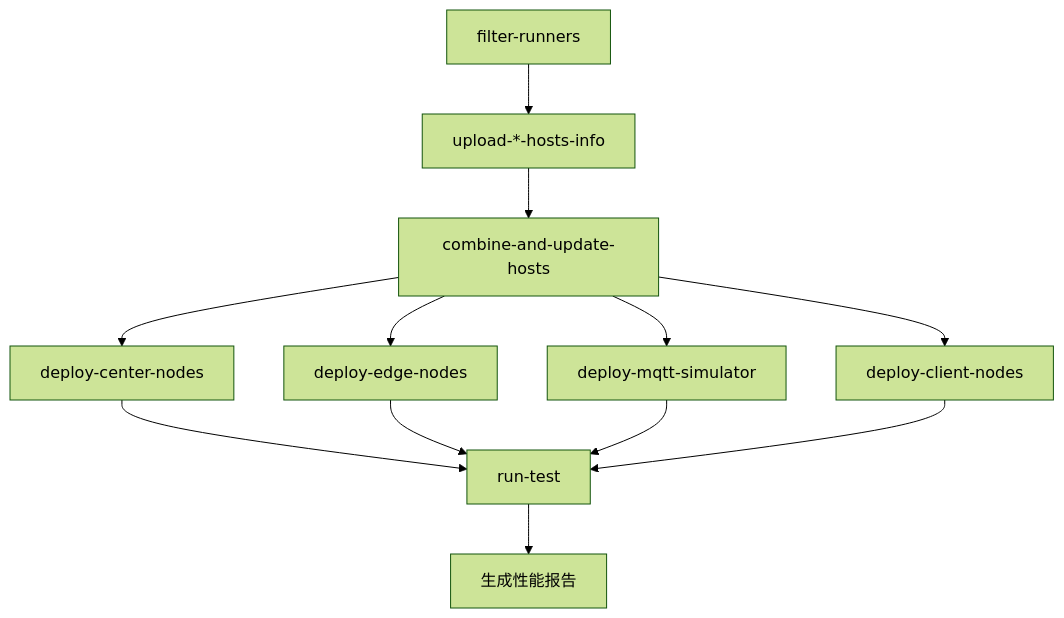
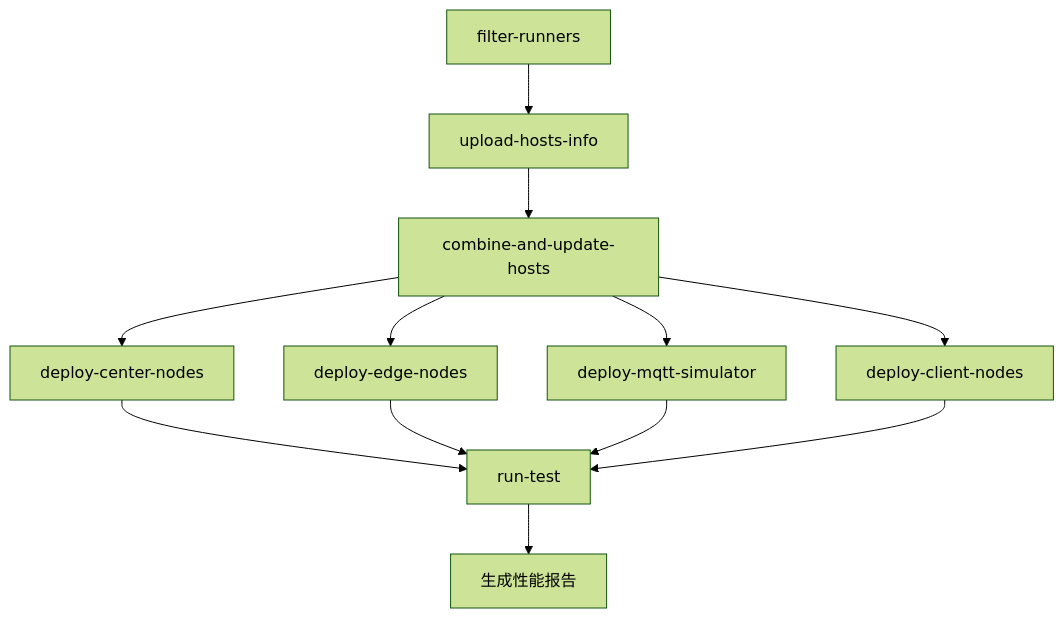
Before and after one commit to taosdata/ems: the diagram in README.md, drawn with Mermaid (forest theme). The commit also changed other lines of this file, not shown here.

````diff
--- a/README.md
+++ b/README.md
@@ -26,11 +26,11 @@
 ```mermaid
 graph TD
-    A[filter-runners] --> B[upload-*-hosts-info]
+    A[filter-runners] --> B[upload-hosts-info]
     B --> C[combine-and-update-hosts]
     C --> D[deploy-center-nodes]
     C --> E[deploy-edge-nodes]
     C --> F[deploy-mqtt-simulator]
     C --> G[deploy-client-nodes]
     D & E & F & G --> H[run-test]
     H --> I[生成性能报告]
 ```
````
